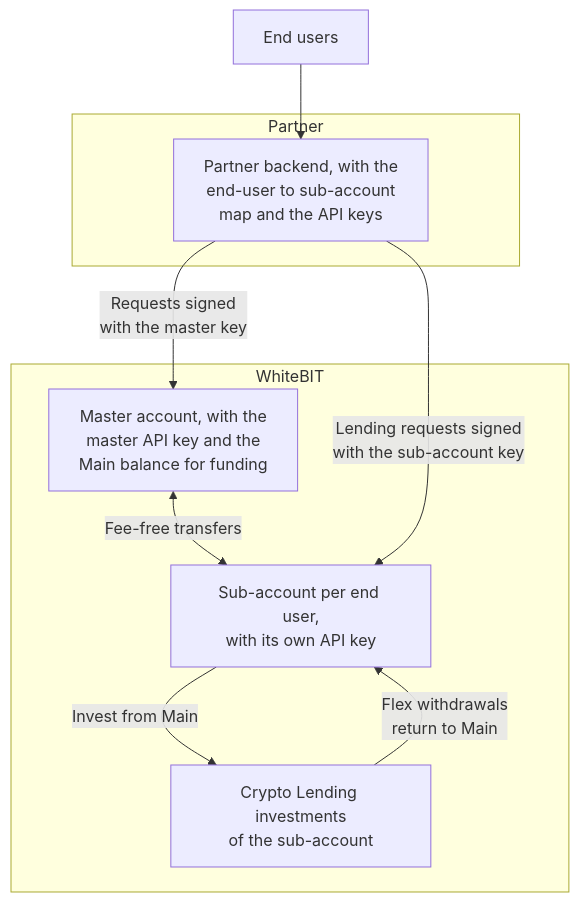
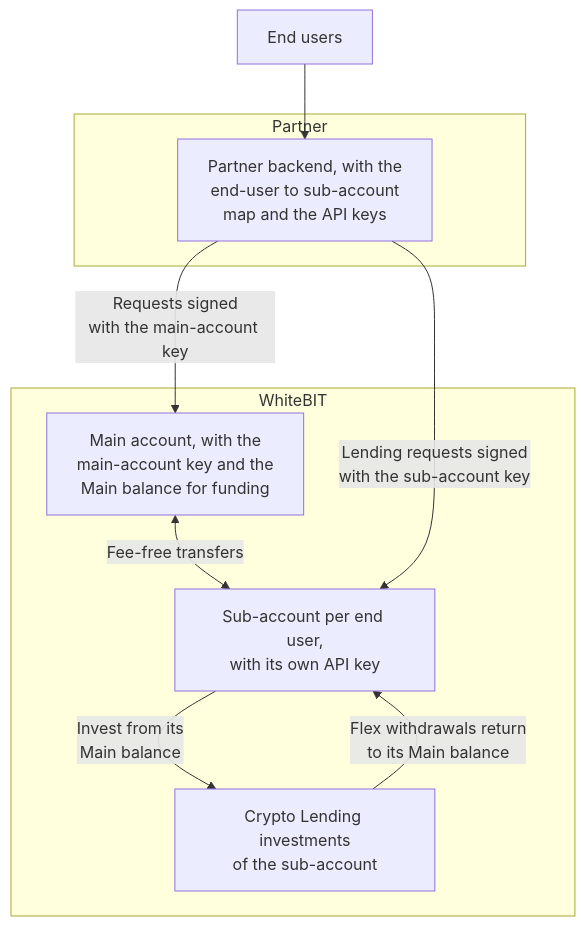
One commit to whitebit-exchange/docs changed the diagram in guides/yaas-overview.mdx. Above: the diagram before and after it, drawn with Mermaid. The commit also changed other lines of this file and 24 other files, not shown here.

Commit message:
docs(guide): rename master account to main account across the portal

````diff
--- a/guides/yaas-overview.mdx
+++ b/guides/yaas-overview.mdx
@@ -44,18 +44,18 @@
 ```mermaid
 flowchart TB
     Users["End users"]
     subgraph Partner["Partner"]
         Backend["Partner backend, with the<br/>end-user to sub-account<br/>map and the API keys"]
     end
     subgraph WhiteBIT["WhiteBIT"]
-        Master["Master account, with the<br/>master API key and the<br/>Main balance for funding"]
+        Main["Main account, with the<br/>main-account key and the<br/>Main balance for funding"]
         Sub["Sub-account per end user,<br/>with its own API key"]
         Lend["Crypto Lending investments<br/>of the sub-account"]
-        Master <-->|"Fee-free transfers"| Sub
-        Sub -->|"Invest from Main"| Lend
-        Lend -->|"Flex withdrawals<br/>return to Main"| Sub
+        Main <-->|"Fee-free transfers"| Sub
+        Sub -->|"Invest from its<br/>Main balance"| Lend
+        Lend -->|"Flex withdrawals return<br/>to its Main balance"| Sub
     end
     Users --> Backend
-    Backend -->|"Requests signed<br/>with the master key"| Master
+    Backend -->|"Requests signed<br/>with the main-account key"| Main
     Backend -->|"Lending requests signed<br/>with the sub-account key"| Sub
 ```
````
